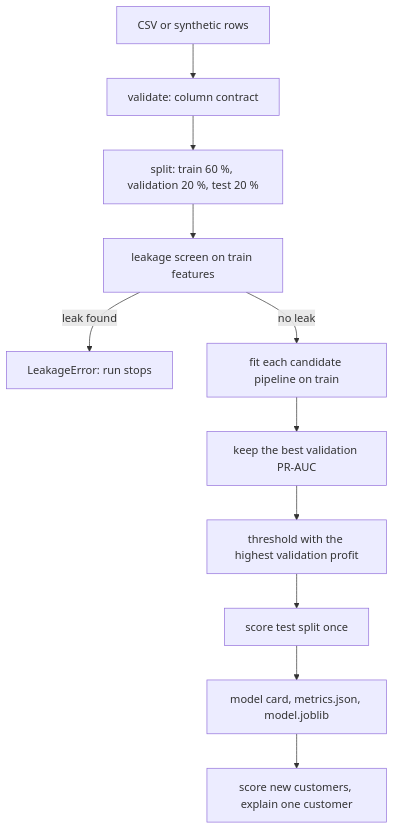
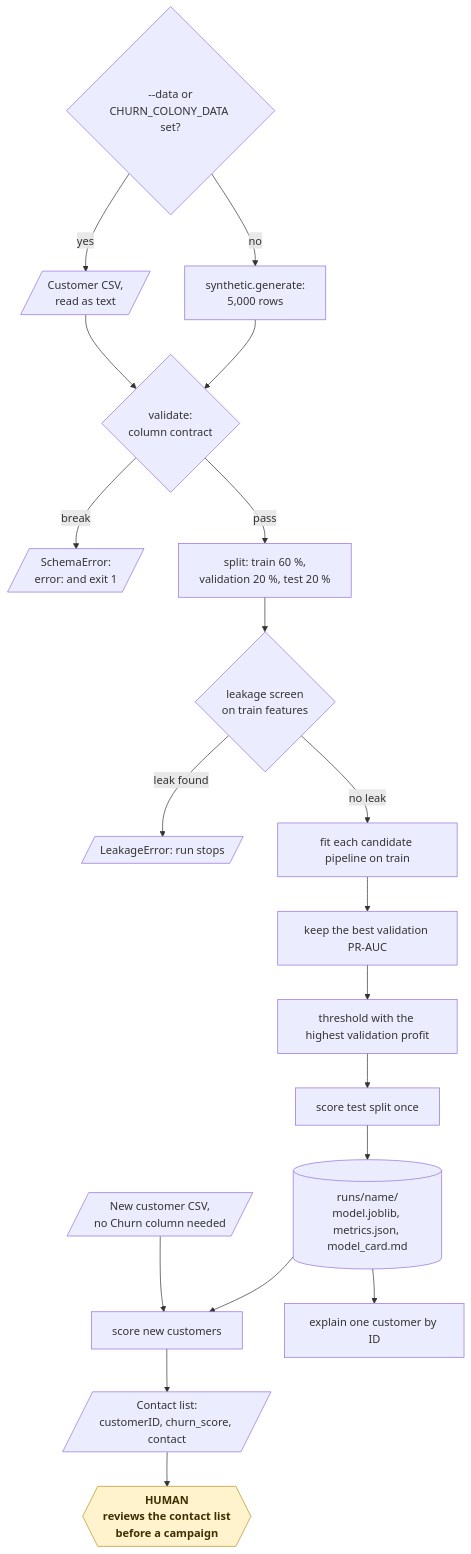
The fifth of 20 diagrams in README.md (KrishnaAnnavaram/churn-colony), drawn with Mermaid before and after one commit. The commit also changed other lines of this file, not shown here.

Commit message:
Add the workflow diagrams to the README

````diff
--- a/README.md
+++ b/README.md
@@ -215,13 +283,24 @@
 ```mermaid
-flowchart TB
-    CSV["CSV or synthetic rows"] --> VAL["validate: column contract"]
-    VAL --> SPL["split: train 60 %, validation 20 %, test 20 %"]
-    SPL --> LS["leakage screen on train features"]
-    LS -- "leak found" --> STOP["LeakageError: run stops"]
+flowchart TD
+    SRC{"--data or<br/>CHURN_COLONY_DATA set?"} -- "yes" --> CSV[/"Customer CSV,<br/>read as text"/]
+    SRC -- "no" --> SYN["synthetic.generate:<br/>5,000 rows"]
+    CSV --> VAL{"validate:<br/>column contract"}
+    SYN --> VAL
+    VAL -- "break" --> SE[/"SchemaError:<br/>error: and exit 1"/]
+    VAL -- "pass" --> SPL["split: train 60 %,<br/>validation 20 %, test 20 %"]
+    SPL --> LS{"leakage screen<br/>on train features"}
+    LS -- "leak found" --> STOP[/"LeakageError: run stops"/]
     LS -- "no leak" --> FIT["fit each candidate pipeline on train"]
     FIT --> PICK["keep the best validation PR-AUC"]
     PICK --> TH["threshold with the highest validation profit"]
     TH --> TEST["score test split once"]
-    TEST --> CARD["model card, metrics.json, model.joblib"]
-    CARD --> SCORE["score new customers, explain one customer"]
+    TEST --> RUN[("runs/name/<br/>model.joblib, metrics.json, model_card.md")]
+    NEW[/"New customer CSV,<br/>no Churn column needed"/] --> SCORE["score new customers"]
+    RUN --> SCORE
+    RUN --> EXPL["explain one customer by ID"]
+    SCORE --> LIST[/"Contact list:<br/>customerID, churn_score, contact"/]
+    LIST --> HUM{{"HUMAN<br/>reviews the contact list<br/>before a campaign"}}
+
+    classDef human fill:#fff3cd,stroke:#b8901f,color:#3d2f00,font-weight:bold
+    class HUM human
 ```
````
